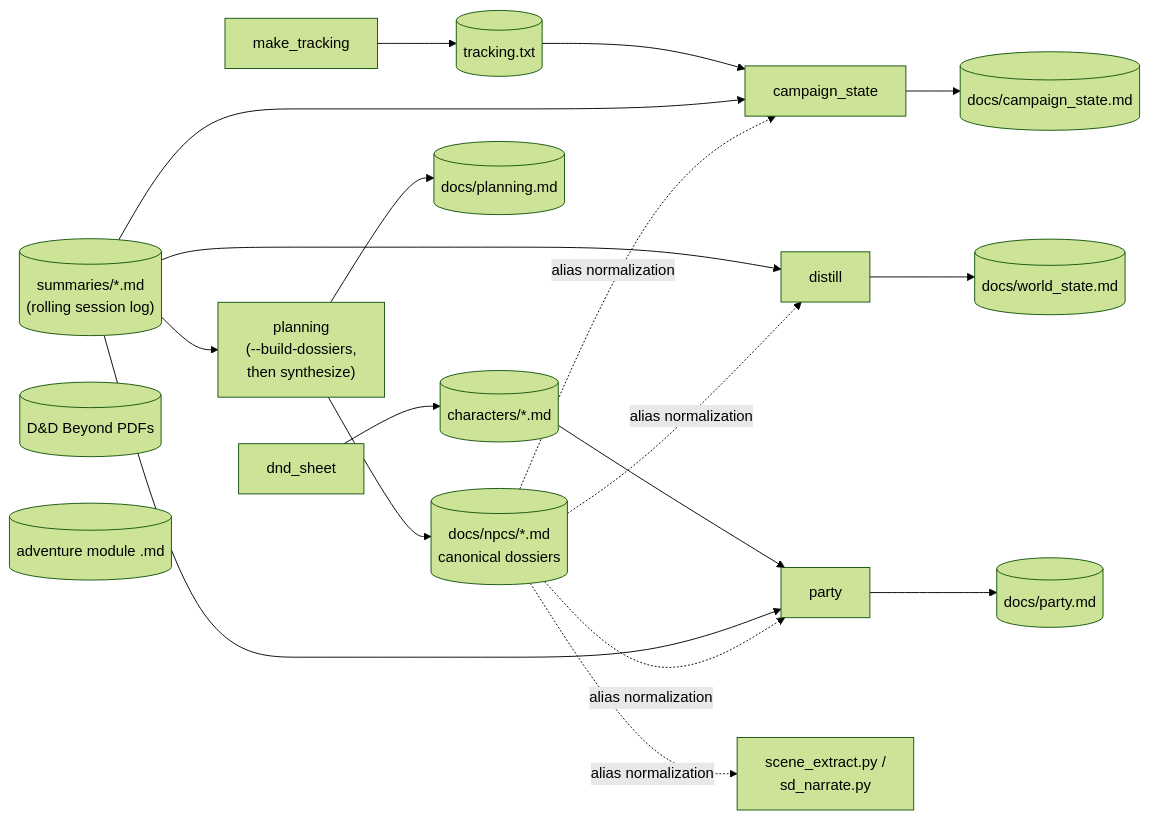
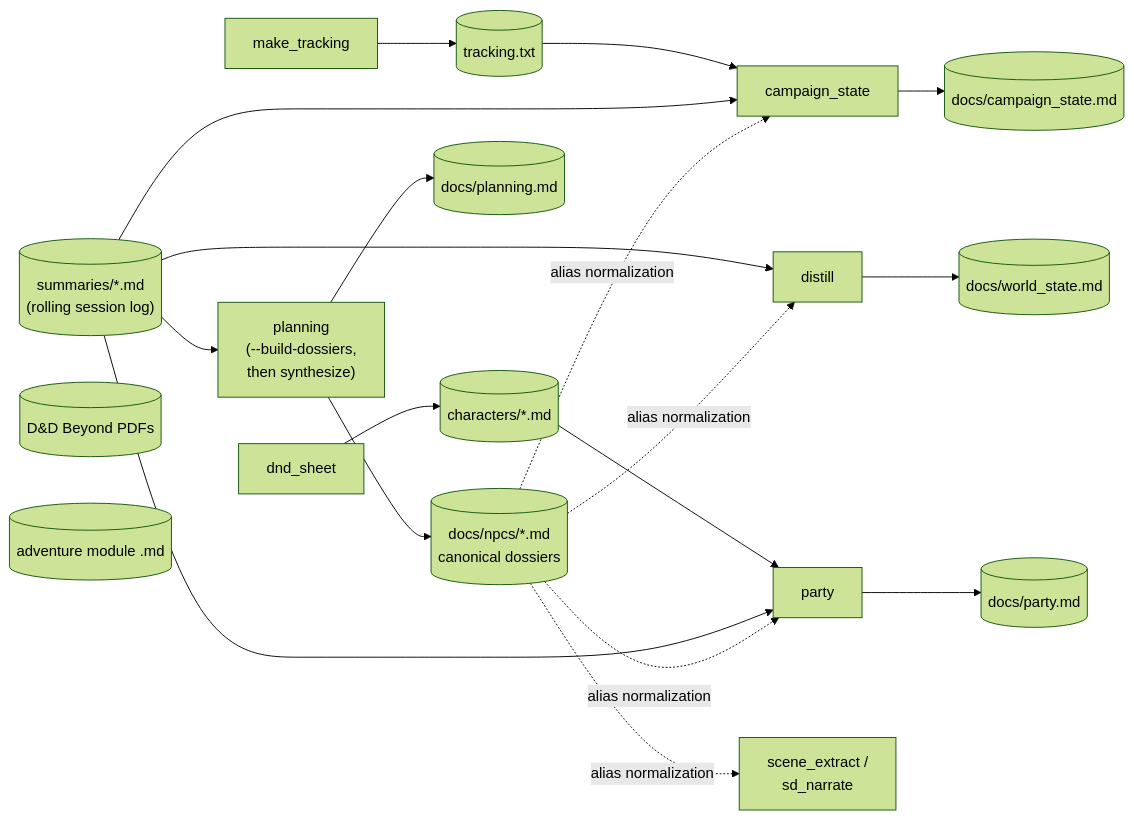
Before and after one commit to kostadis/CampaignGenerator: the second of 3 diagrams in docs/core/architecture.md, drawn with Mermaid (forest theme). The commit also changed other lines of this file and 31 other files, not shown here.

````diff
--- a/docs/core/architecture.md
+++ b/docs/core/architecture.md
@@ -110,21 +110,21 @@
 ```mermaid
 flowchart LR
     SUMS[("summaries/*.md<br/>(rolling session log)")]
     PDFS[("D&D Beyond PDFs")]
     MOD[("adventure module .md")]
 
     DS["dnd_sheet"] --> CHARS[("characters/*.md")]
     MT["make_tracking"] --> TRK[("tracking.txt")]
     TRK --> CS["campaign_state"]
     SUMS --> CS --> CSDOC[("docs/campaign_state.md")]
     SUMS --> DI["distill"] --> WS[("docs/world_state.md")]
     CHARS --> PT["party"] --> PD[("docs/party.md")]
     SUMS --> PT
     SUMS --> PLAN["planning<br/>(--build-dossiers,<br/>then synthesize)"] --> PLDOC[("docs/planning.md")]
     PLAN --> DOSS[("docs/npcs/*.md<br/>canonical dossiers")]
 
     DOSS -. alias normalization .-> CS
     DOSS -. alias normalization .-> DI
     DOSS -. alias normalization .-> PT
-    DOSS -. alias normalization .-> SE2["scene_extract.py /<br/>sd_narrate.py"]
+    DOSS -. alias normalization .-> SE2["scene_extract /<br/>sd_narrate"]
 ```
````
